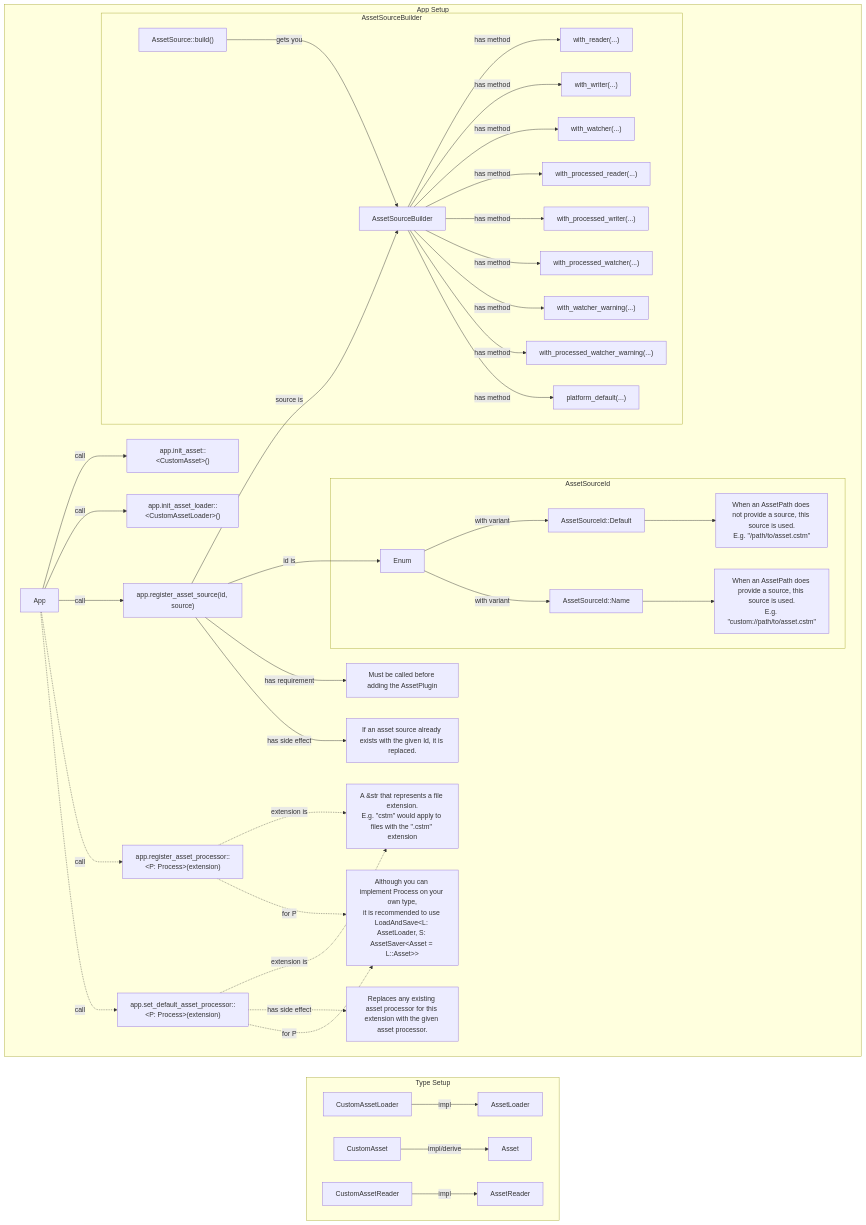
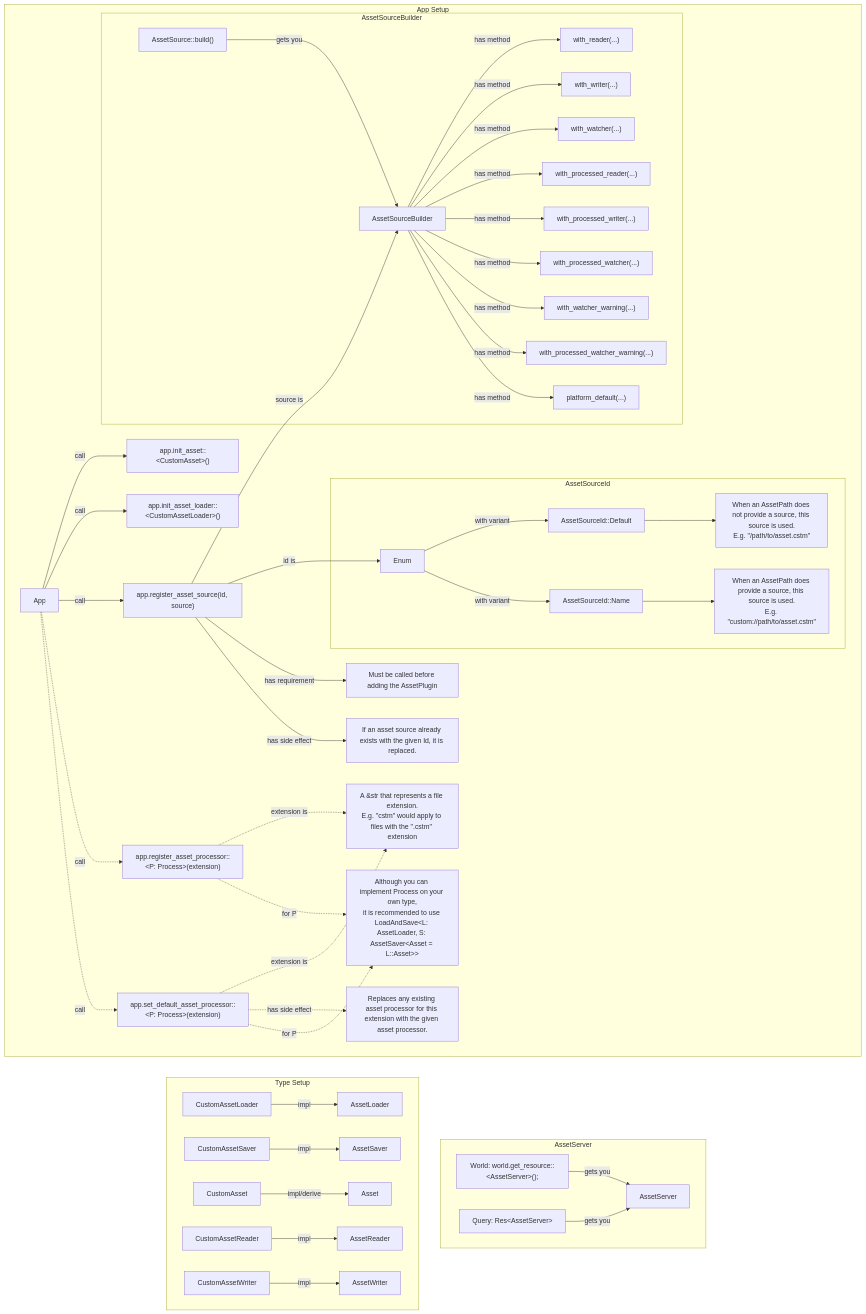
The diagram in README.md (thepackett/BevyAssetsScratchpad), drawn with Mermaid before and after one commit.

Commit message:
Added more type setup, started on asset server

````diff
--- a/README.md
+++ b/README.md
@@ -69,14 +69,29 @@
 subgraph TypeSetup[Type Setup]
   direction LR
   custom_asset_loader -->|impl| asset_loader
+  custom_asset_saver -->|impl| asset_saver
   custom_asset -->|impl/derive| asset
   custom_asset_reader -->|impl| asset_reader
+  custom_asset_writer -->|impl| asset_writer
   custom_asset_loader["CustomAssetLoader"]
+  custom_asset_saver["CustomAssetSaver"]
   custom_asset_reader["CustomAssetReader"]
+  custom_asset_writer["CustomAssetWriter"]
   asset_loader["AssetLoader"]
+  asset_saver["AssetSaver"]
   asset_reader["AssetReader"]
+  asset_writer["AssetWriter"]
   custom_asset["CustomAsset"]
   asset["Asset"]
 end
+subgraph AssetServer[AssetServer]
+  direction LR
+  world -->|gets you| asset_server
+  query -->|gets you| asset_server
+  world["World: world.get_resource::&lt;AssetServer&gt();"]
+  query["Query: Res&lt;AssetServer&gt;"]
+  asset_server["AssetServer"]
+end
 AppSetup ~~~ TypeSetup
+AppSetup ~~~ AssetServer
 ```
````
